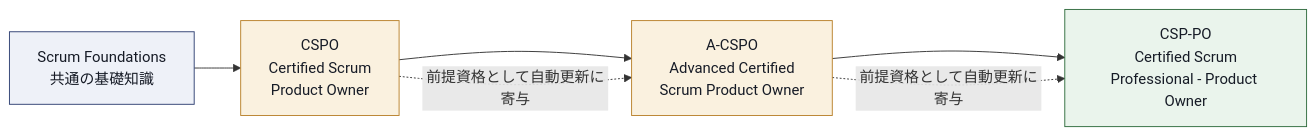
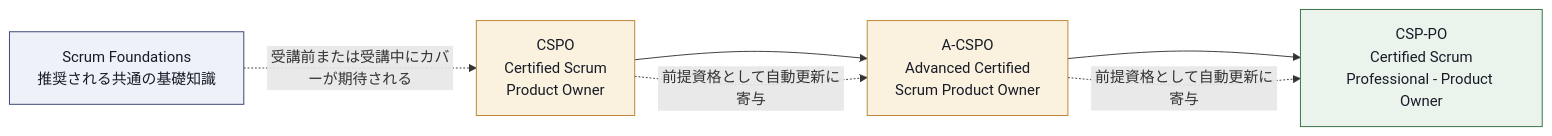
Before and after one commit to myoshi2891/Management-Team-Building-Studies: the first of 15 diagrams in Cspo-certified-scrum-product-owner-study-guide.md, drawn with Mermaid. The commit also changed 2 other files, not shown here.

Commit message:
docs(sources): refine citations and certification details in Scrum study guides

````diff
--- a/Cspo-certified-scrum-product-owner-study-guide.md
+++ b/Cspo-certified-scrum-product-owner-study-guide.md
@@ -80,16 +80,16 @@
 ```mermaid
 flowchart LR
-    A["Scrum Foundations<br/>共通の基礎知識"] --> B["CSPO<br/>Certified Scrum<br/>Product Owner"]
+    A["Scrum Foundations<br/>推奨される共通の基礎知識"] -.受講前または受講中にカバーが期待される.-> B["CSPO<br/>Certified Scrum<br/>Product Owner"]
     B --> C["A-CSPO<br/>Advanced Certified<br/>Scrum Product Owner"]
     C --> D["CSP-PO<br/>Certified Scrum<br/>Professional - Product Owner"]
     B -.前提資格として自動更新に寄与.-> C
     C -.前提資格として自動更新に寄与.-> D
 
     classDef start fill:#EEF1F8,stroke:#2E3F72,color:#161B26
     classDef mid fill:#FAF1DF,stroke:#B8802A,color:#161B26
     classDef done fill:#EAF4EC,stroke:#2F6B3D,color:#161B26
     class A start
     class B mid
     class C mid
     class D done
 ```
````
